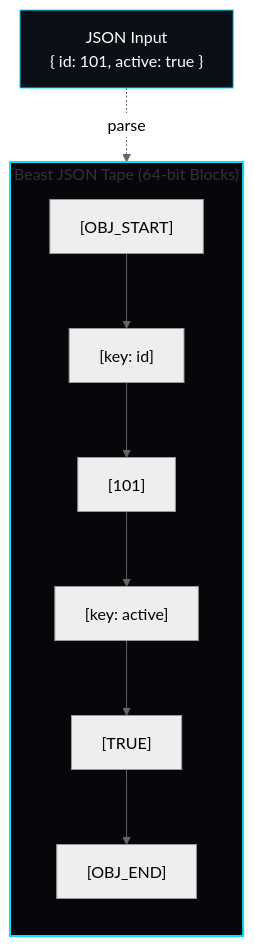
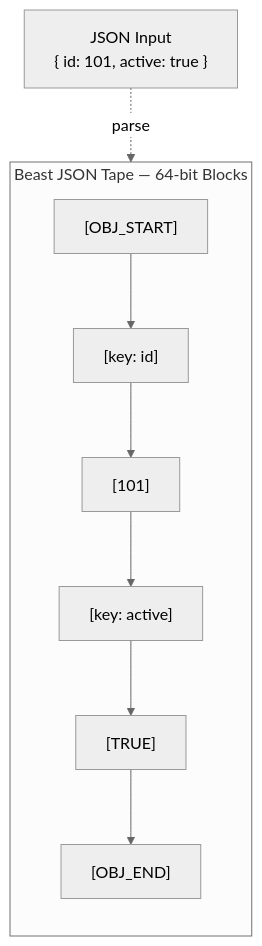
Before and after one commit to qbuem/beast-json: the first of 2 diagrams in docs/theory/architecture.md, drawn with Mermaid (neutral theme). The commit also changed 1 other file, not shown here.

Commit message:
fix(docs): restore logo size, center mermaid diagrams, fix diagram clipping
- Restore hero logo to 200px on mobile (was wrongly reduced to 100px)
- Center all mermaid SVGs via text-align: center + display: inline-block
- Set max-width: none on mermaid SVGs so subgraph labels aren't clipped
- Remove hardcoded dark-only colours from architecture.md tape diagram
  so text is readable in both light and dark modes

https://claude.ai/code/session_01RuxmifedqibUYNmNg8dV62

````diff
--- a/docs/theory/architecture.md
+++ b/docs/theory/architecture.md
@@ -7,25 +7,22 @@
 ```mermaid
 flowchart TB
-    STR["JSON Input<br/>{ id: 101, active: true }"]
+    STR["JSON Input\n{ id: 101, active: true }"]
 
     STR -.->|parse| N1
 
-    subgraph Tape_DOM["Beast JSON Tape (64-bit Blocks)"]
+    subgraph Tape_DOM["Beast JSON Tape — 64-bit Blocks"]
         direction TB
         N1["[OBJ_START]"]
         N2["[key: id]"]
         N3["[101]"]
         N4["[key: active]"]
         N5["[TRUE]"]
         N6["[OBJ_END]"]
 
         N1 --> N2
         N2 --> N3
         N3 --> N4
         N4 --> N5
         N5 --> N6
     end
-
-    style Tape_DOM fill:#05070a,stroke:#00e5ff,stroke-width:2px
-    style STR fill:#0b1016,stroke:#00e5ff,stroke-width:1px,color:#ffffff
 ```
````
